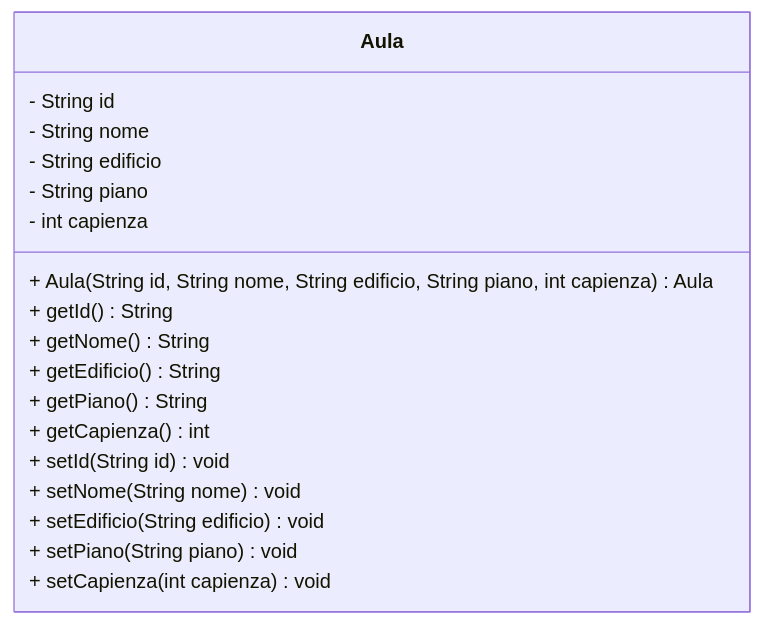
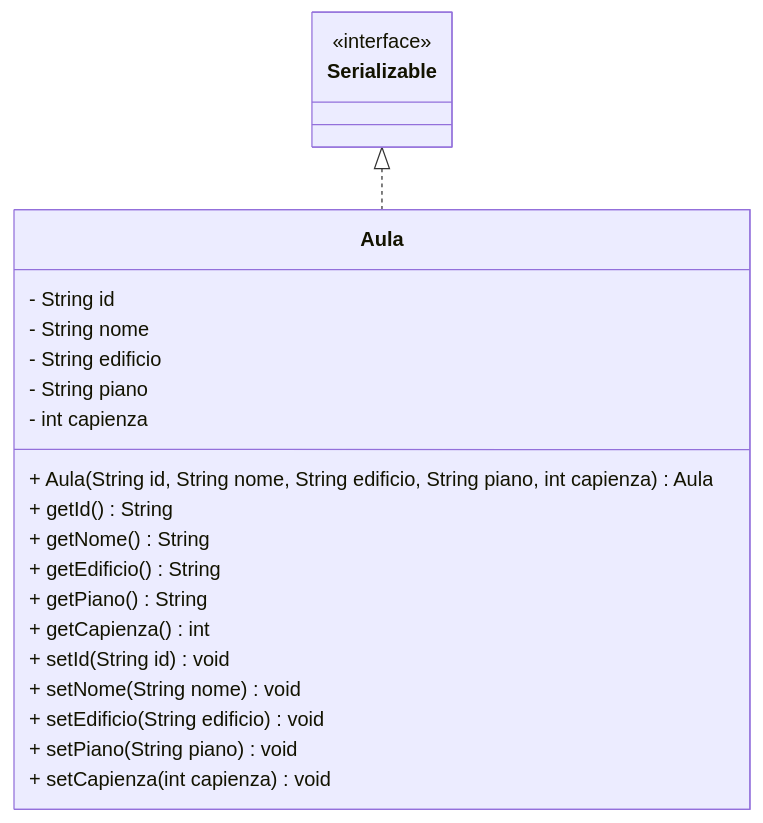
One commit to gcarbone48/PrenotazioneAule5 changed the diagram in diagrams/aulaClassDiagram.md. Above: the diagram before and after it, drawn with Mermaid. The commit also changed 2 other files, not shown here.

Commit message:
FEAT: aggiunta interfaccia Serializable (su Prenotazione, Aula e Docente) e Comparable ( su Docente e Prenotazione)

````diff
--- a/diagrams/aulaClassDiagram.md
+++ b/diagrams/aulaClassDiagram.md
@@ -1,23 +1,30 @@
 ```mermaid
 classDiagram
+
+    class Serializable {
+             <<interface>>
+    }
+
+    Serializable <|.. Aula
+
     class Aula{
         - String id
         %% codice identificativo univoco
         - String nome
         - String edificio
         - String piano
         - int capienza
         + Aula(String id, String nome, String edificio, String piano, int capienza) Aula
         + getId() String
         + getNome() String
         + getEdificio() String
         + getPiano() String
         + getCapienza() int
         + setId(String id) void
         + setNome(String nome) void
         + setEdificio(String edificio) void
         + setPiano(String piano) void
         + setCapienza(int capienza) void       
     }
 
 ```
````
